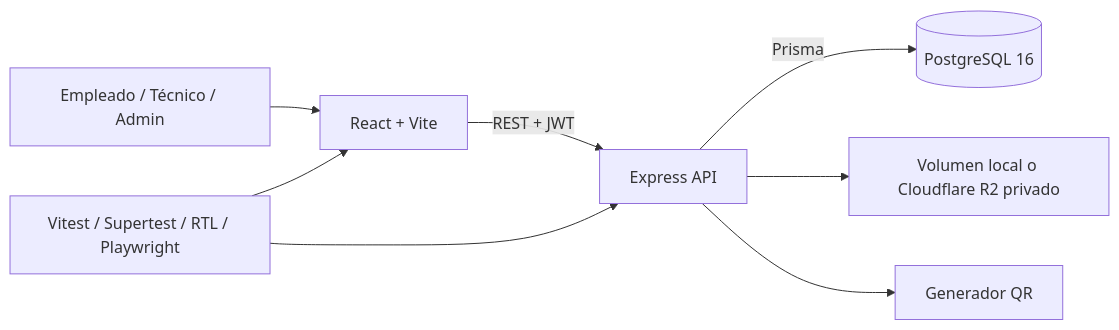
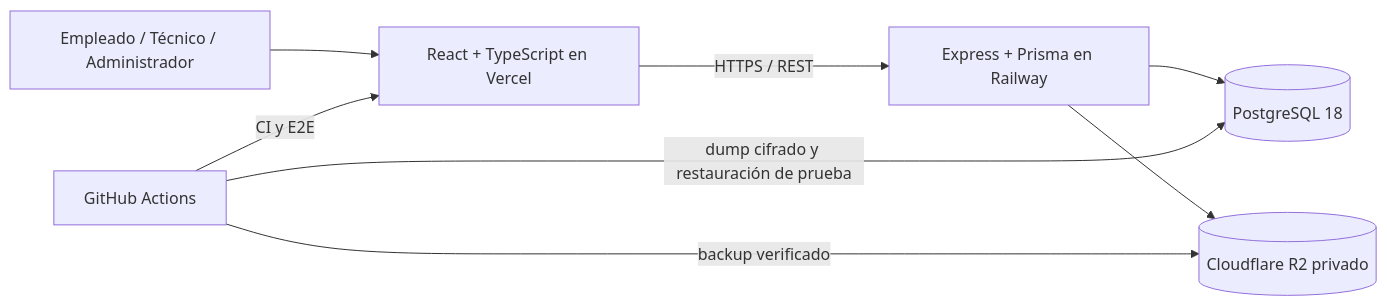
The diagram in README.md (cristalba22/soporteqr), drawn with Mermaid before and after one commit. The commit also changed other lines of this file and 17 other files, not shown here.

````diff
--- a/README.md
+++ b/README.md
@@ -84,10 +32,10 @@
 ```mermaid
 flowchart LR
-  U[Empleado / Técnico / Admin] --> W[React + Vite]
-  W -->|REST + JWT| A[Express API]
-  A -->|Prisma| P[(PostgreSQL 16)]
-  A --> F[Volumen local o Cloudflare R2 privado]
-  A --> Q[Generador QR]
-  T[Vitest / Supertest / RTL / Playwright] --> W
-  T --> A
+  U[Empleado / Técnico / Administrador] --> W[React + TypeScript en Vercel]
+  W -->|HTTPS / REST| A[Express + Prisma en Railway]
+  A --> P[(PostgreSQL 18)]
+  A --> R[(Cloudflare R2 privado)]
+  G[GitHub Actions] -->|CI y E2E| W
+  G -->|dump cifrado y restauración de prueba| P
+  G -->|backup verificado| R
 ```
````
